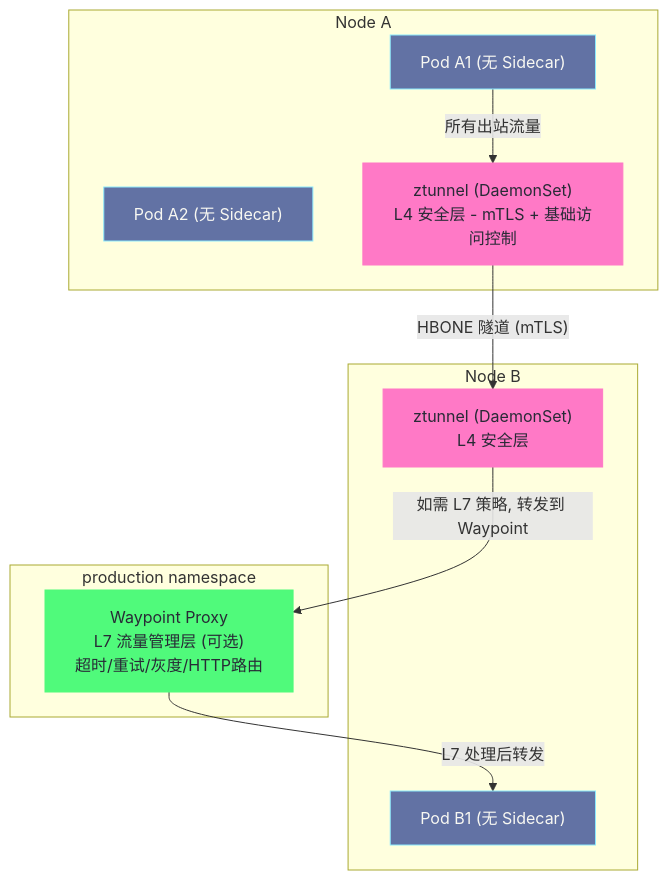
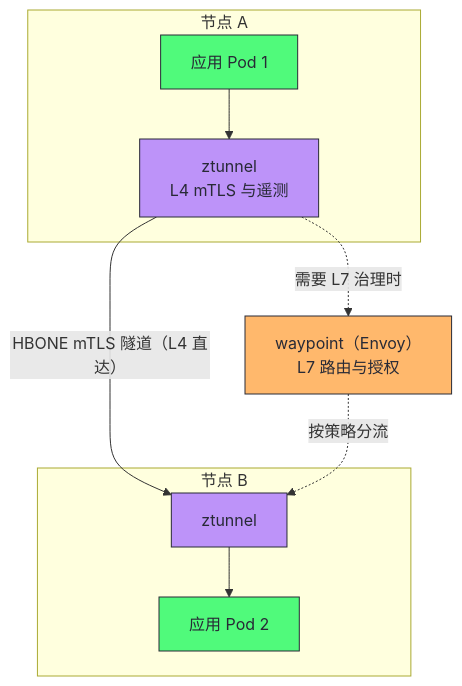
Before and after one commit to hpliStartAgain/my-brain: the first of 2 diagrams in content/云原生/服务网格/07 服务网格的性能开销与Ambient Mesh.md, drawn with Mermaid. The commit also changed other lines of this file and 47 other files, not shown here.

````diff
--- a/content/云原生/服务网格/07 服务网格的性能开销与Ambient Mesh.md
+++ b/content/云原生/服务网格/07 服务网格的性能开销与Ambient Mesh.md
@@ -115,32 +224,20 @@
 ```mermaid
 %%{init: {'theme': 'dracula'}}%%
-graph TD
-    classDef pod fill:#6272a4,stroke:#8be9fd,color:#f8f8f2
-    classDef ztunnel fill:#ff79c6,stroke:#ff79c6,color:#282a36
-    classDef waypoint fill:#50fa7b,stroke:#50fa7b,color:#282a36
-    classDef node fill:#44475a,stroke:#ffb86c,color:#f8f8f2
+flowchart TD
+    subgraph NodeA["节点 A"]
+        APP1["应用 Pod 1"] --> ZT1["ztunnel<br/>L4 mTLS 与遥测"]
+    end
+    subgraph NodeB["节点 B"]
+        ZT2["ztunnel"] --> APP2["应用 Pod 2"]
+    end
+    ZT1 -->|"HBONE mTLS 隧道（L4 直达）"| ZT2
+    ZT1 -.->|"需要 L7 治理时"| WP["waypoint（Envoy）<br/>L7 路由与授权"]
+    WP -.->|"按策略分流"| ZT2
 
-    subgraph "Node A"
-        PodA1["Pod A1 (无 Sidecar)"]
-        PodA2["Pod A2 (无 Sidecar)"]
-        ZtunnelA["ztunnel (DaemonSet)</br>L4 安全层 - mTLS + 基础访问控制"]
-    end
-
-    subgraph "Node B"
-        PodB1["Pod B1 (无 Sidecar)"]
-        ZtunnelB["ztunnel (DaemonSet)</br>L4 安全层"]
-    end
-
-    subgraph "production namespace"
-        WP["Waypoint Proxy</br>L7 流量管理层 (可选)</br>超时/重试/灰度/HTTP路由"]
-    end
-
-    PodA1 -->|"所有出站流量"| ZtunnelA
-    ZtunnelA -->|"HBONE 隧道 (mTLS)"| ZtunnelB
-    ZtunnelB -->|"如需 L7 策略, 转发到 Waypoint"| WP
-    WP -->|"L7 处理后转发"| PodB1
-
-    class PodA1,PodA2,PodB1 pod
-    class ZtunnelA,ZtunnelB ztunnel
-    class WP waypoint
+    classDef app fill:#50fa7b,stroke:#282a36,color:#282a36
+    classDef zt fill:#bd93f9,stroke:#282a36,color:#282a36
+    classDef wp fill:#ffb86c,stroke:#282a36,color:#282a36
+    class APP1,APP2 app
+    class ZT1,ZT2 zt
+    class WP wp
 ```
````
